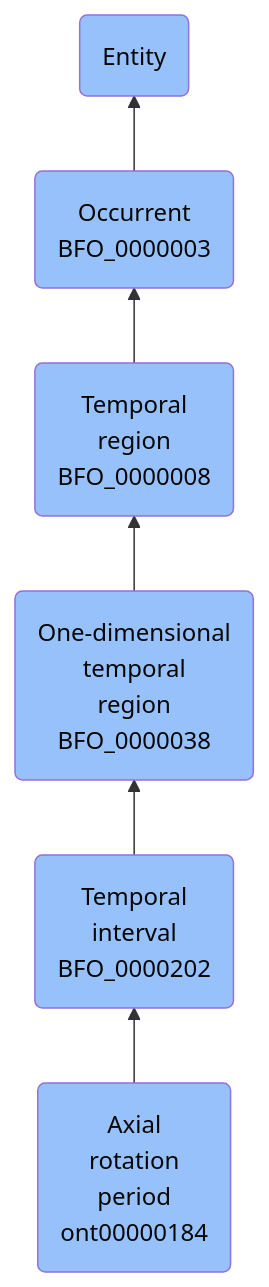
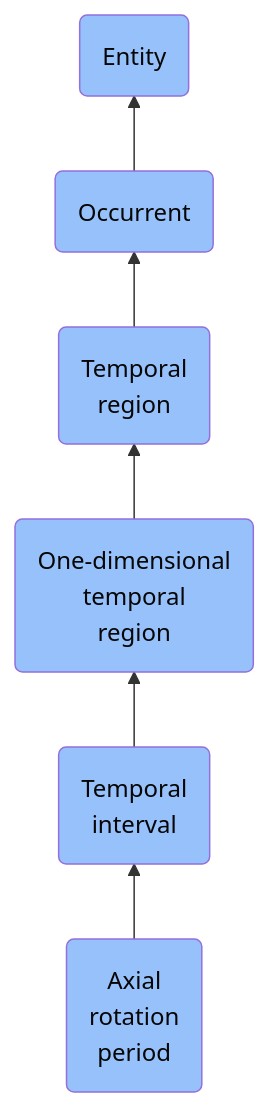
Before and after one commit to jupyter-naas/abi: the diagram in docs/ontology/reference/model/Entity/Occurrent/Temporal region/One-dimensional temporal region/Temporal interval/Axial rotation period/Axial rotation period.md, drawn with Mermaid. The commit also changed other lines of this file and 1430 other files, not shown here.

````diff
--- a/docs/ontology/reference/model/Entity/Occurrent/Temporal region/One-dimensional temporal region/Temporal interval/Axial rotation period/Axial rotation period.md
+++ b/docs/ontology/reference/model/Entity/Occurrent/Temporal region/One-dimensional temporal region/Temporal interval/Axial rotation period/Axial rotation period.md
@@ -24,13 +24,13 @@
 ```mermaid
 graph BT
-    ont00000184(Axial<br>rotation<br>period<br>ont00000184):::BFO-->BFO_0000202
-    BFO_0000202(Temporal<br>interval<br>BFO_0000202):::BFO-->BFO_0000038
-    BFO_0000038(One-dimensional<br>temporal<br>region<br>BFO_0000038):::BFO-->BFO_0000008
-    BFO_0000008(Temporal<br>region<br>BFO_0000008):::BFO-->BFO_0000003
-    BFO_0000003(Occurrent<br>BFO_0000003):::BFO-->BFO_0000001
+    ont00000184(Axial<br>rotation<br>period):::BFO-->BFO_0000202
+    BFO_0000202(Temporal<br>interval):::BFO-->BFO_0000038
+    BFO_0000038(One-dimensional<br>temporal<br>region):::BFO-->BFO_0000008
+    BFO_0000008(Temporal<br>region):::BFO-->BFO_0000003
+    BFO_0000003(Occurrent):::BFO-->BFO_0000001
     BFO_0000001(Entity):::BFO
     
     classDef BFO fill:#97c1fb,color:#060606
     classDef CCO fill:#e4c51e,color:#060606
     classDef ABI fill:#48DD82,color:#060606
 ```
````
